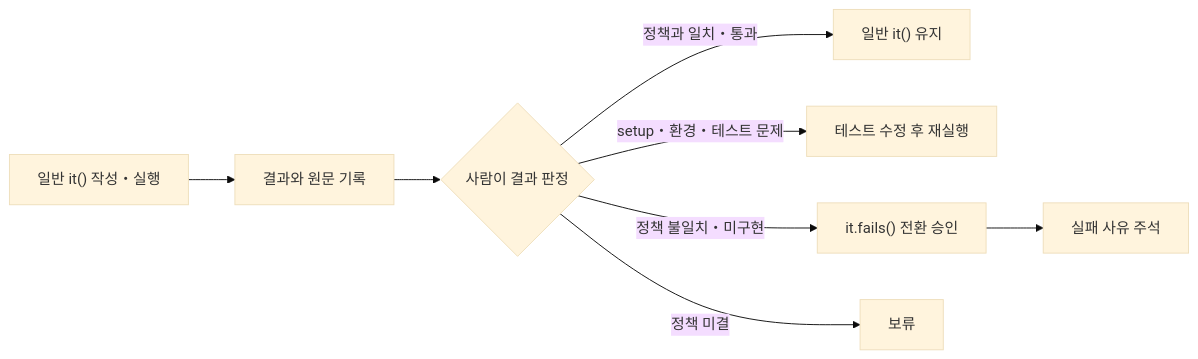
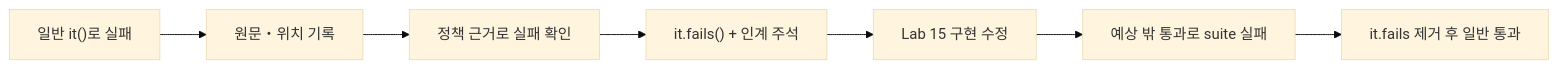
The second of 2 diagrams in labs/lecture14/README.md (RainaKim/order-ops), drawn with Mermaid (base theme) before and after one commit. The commit also changed other lines of this file and 2 other files, not shown here.

Commit message:
docs: sync lab materials and expand lab 17

````diff
--- a/labs/lecture14/README.md
+++ b/labs/lecture14/README.md
@@ -185,10 +169,7 @@
 ```mermaid
 flowchart LR
-  A["일반 it() 작성・실행"] --> B["결과와 원문 기록"]
-  B --> C{"사람이 결과 판정"}
-  C -->|정책과 일치・통과| D["일반 it() 유지"]
-  C -->|setup・환경・테스트 문제| E["테스트 수정 후 재실행"]
-  C -->|정책 불일치・미구현| F["it.fails() 전환 승인"]
-  C -->|정책 미결| G["보류"]
-  F --> H["실패 사유 주석"]
+  A["일반 it()로 실패"] --> B["원문・위치 기록"]
+  B --> C["정책 근거로 실패 확인"] --> D["it.fails() + 인계 주석"]
+  D --> E["Lab 15 구현 수정"] --> F["예상 밖 통과로 suite 실패"]
+  F --> G["it.fails 제거 후 일반 통과"]
 ```
````
